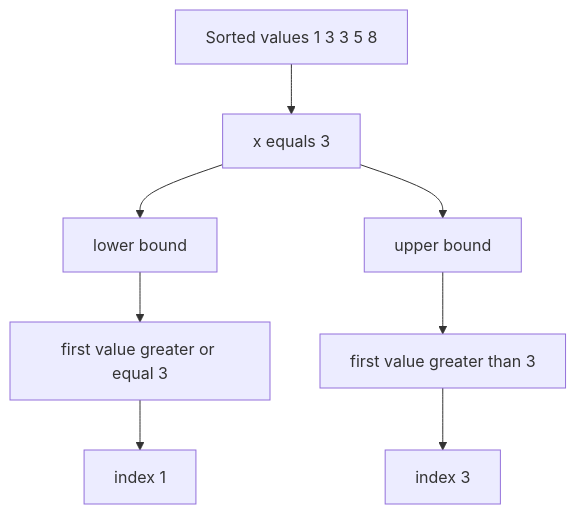
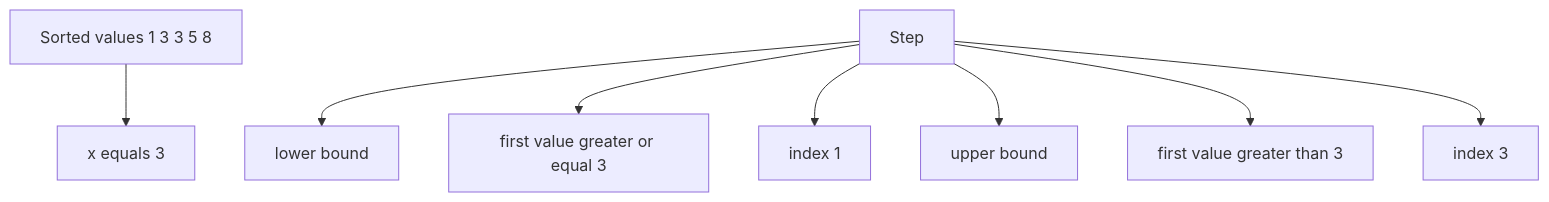
One commit to mthaiseer/springcloud-systemdesign-notes changed the second of 35 diagrams in CP_DSA_NOTES/001_TOPIC_WISE/001_STL_RANGE_QUERY_SWEEPLINE.md. Above: the diagram before and after it, drawn with Mermaid. The commit also changed other lines of this file and 1 other file, not shown here.

````diff
--- a/CP_DSA_NOTES/001_TOPIC_WISE/001_STL_RANGE_QUERY_SWEEPLINE.md
+++ b/CP_DSA_NOTES/001_TOPIC_WISE/001_STL_RANGE_QUERY_SWEEPLINE.md
@@ -111,10 +111,10 @@
 ```mermaid
 flowchart TD
-    A["Sorted values 1 3 3 5 8"] --> B["x equals 3"]
-    B --> C["lower bound"]
-    C --> D["first value greater or equal 3"]
-    D --> E["index 1"]
-    B --> F["upper bound"]
-    F --> G["first value greater than 3"]
-    G --> H["index 3"]
+    N1["Sorted values 1 3 3 5 8"] --> N2["x equals 3"]
+    N3["Step"] --> N4["lower bound"]
+    N3["Step"] --> N5["first value greater or equal 3"]
+    N3["Step"] --> N6["index 1"]
+    N3["Step"] --> N7["upper bound"]
+    N3["Step"] --> N8["first value greater than 3"]
+    N3["Step"] --> N9["index 3"]
 ```
````
